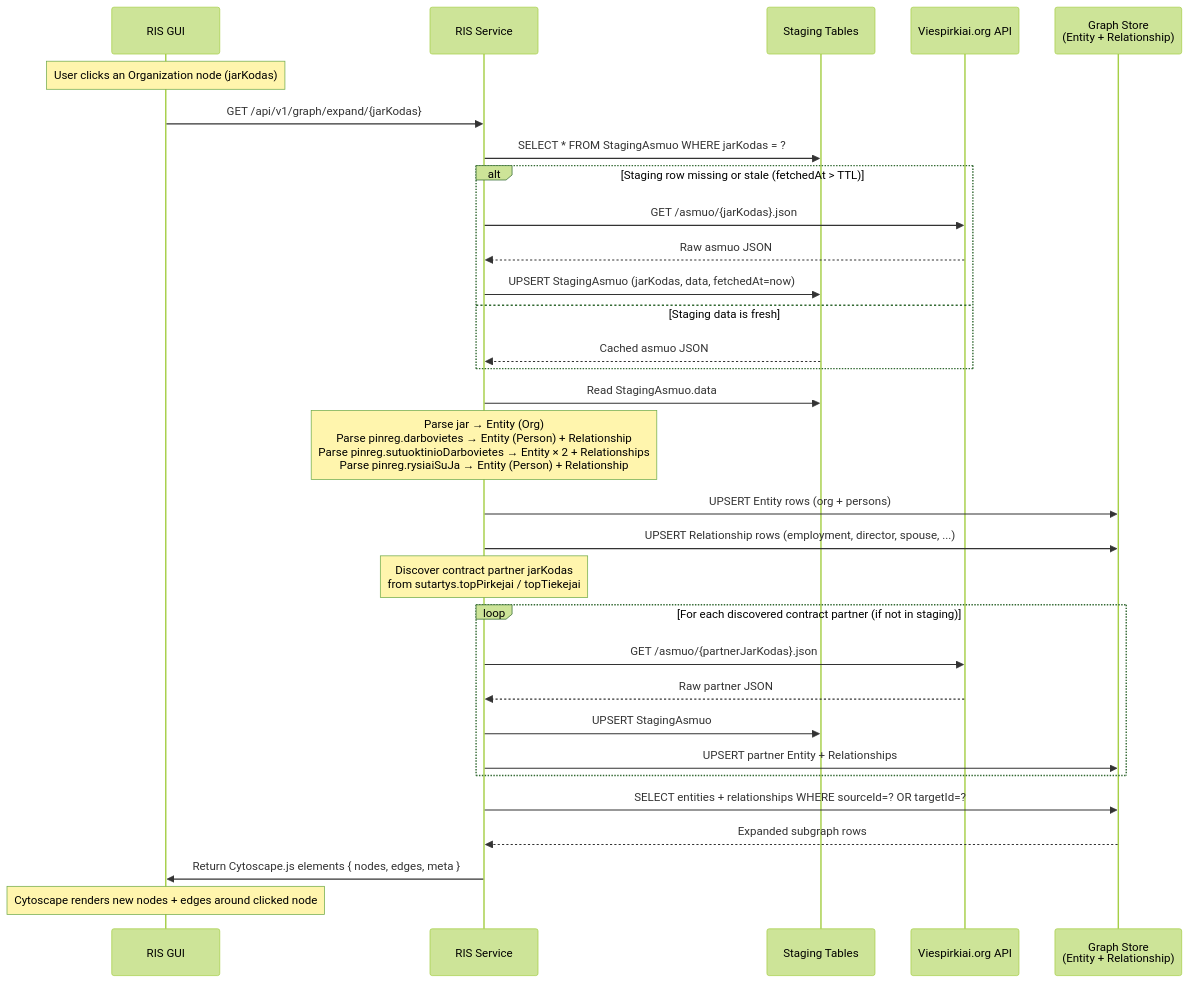
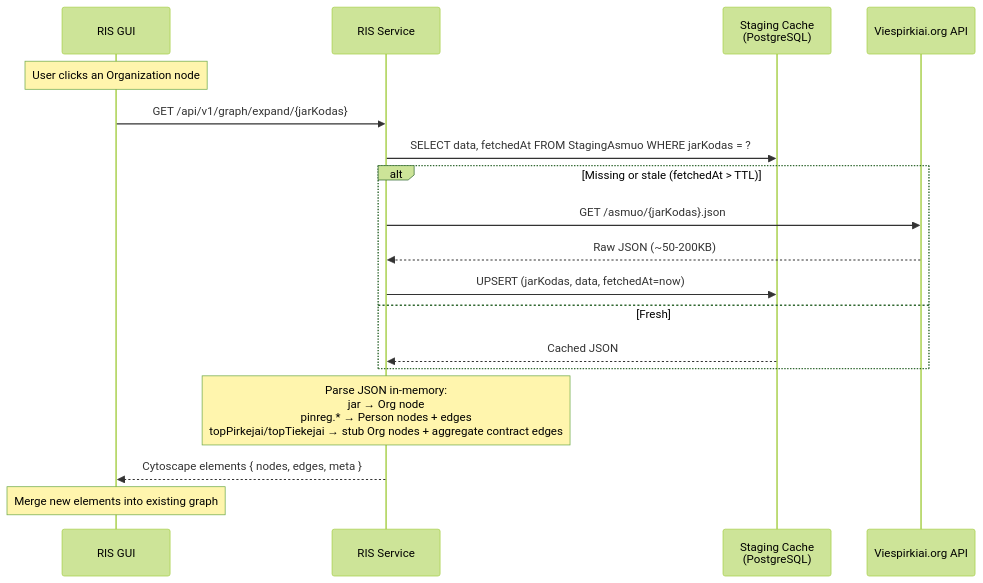
Before and after one commit to rimvydasb/risk-intelligence: the third of 4 diagrams in docs/ARCHITECTURE.md, drawn with Mermaid (forest theme). The commit also changed other lines of this file, not shown here.

Commit message:
update architecture documentation; refine entity ID conventions and staging storage flow; enhance graph population strategy

````diff
--- a/docs/ARCHITECTURE.md
+++ b/docs/ARCHITECTURE.md
@@ -319,39 +334,23 @@
 ```mermaid
 sequenceDiagram
     participant GUI as RIS GUI
     participant Service as RIS Service
-    participant Staging as Staging Tables
+    participant Staging as Staging Cache<br/>(PostgreSQL)
     participant API as Viespirkiai.org API
-    participant Graph as Graph Store<br/>(Entity + Relationship)
-    Note over GUI: User clicks an Organization node (jarKodas)
+
+    Note over GUI: User clicks an Organization node
     GUI ->> Service: GET /api/v1/graph/expand/{jarKodas}
-%% Step 1: Check staging freshness
-    Service ->> Staging: SELECT * FROM StagingAsmuo WHERE jarKodas = ?
-    alt Staging row missing or stale (fetchedAt > TTL)
+
+    Service ->> Staging: SELECT data, fetchedAt FROM StagingAsmuo WHERE jarKodas = ?
+    alt Missing or stale (fetchedAt > TTL)
         Service ->> API: GET /asmuo/{jarKodas}.json
-        API -->> Service: Raw asmuo JSON
-        Service ->> Staging: UPSERT StagingAsmuo (jarKodas, data, fetchedAt=now)
-    else Staging data is fresh
-        Staging -->> Service: Cached asmuo JSON
+        API -->> Service: Raw JSON (~50-200KB)
+        Service ->> Staging: UPSERT (jarKodas, data, fetchedAt=now)
+    else Fresh
+        Staging -->> Service: Cached JSON
     end
 
-%% Step 2: Parse staging → graph store
-    Service ->> Staging: Read StagingAsmuo.data
-    Note over Service: Parse jar → Entity (Org)<br/>Parse pinreg.darbovietes → Entity (Person) + Relationship<br/>Parse pinreg.sutuoktinioDarbovietes → Entity × 2 + Relationships<br/>Parse pinreg.rysiaiSuJa → Entity (Person) + Relationship
-    Service ->> Graph: UPSERT Entity rows (org + persons)
-    Service ->> Graph: UPSERT Relationship rows (employment, director, spouse, ...)
-%% Step 3: Discover and fetch related contracts
-    Note over Service: Discover contract partner jarKodas<br/>from sutartys.topPirkejai / topTiekejai
-    loop For each discovered contract partner (if not in staging)
-        Service ->> API: GET /asmuo/{partnerJarKodas}.json
-        API -->> Service: Raw partner JSON
-        Service ->> Staging: UPSERT StagingAsmuo
-        Service ->> Graph: UPSERT partner Entity + Relationships
-    end
-
-%% Step 4: Query and return expanded subgraph
-    Service ->> Graph: SELECT entities + relationships WHERE sourceId=? OR targetId=?
-    Graph -->> Service: Expanded subgraph rows
-    Service ->> GUI: Return Cytoscape.js elements { nodes, edges, meta }
-    Note over GUI: Cytoscape renders new nodes + edges around clicked node
+    Note over Service: Parse JSON in-memory:<br/>jar → Org node<br/>pinreg.* → Person nodes + edges<br/>topPirkejai/topTiekejai → stub Org nodes + aggregate contract edges
+    Service -->> GUI: Cytoscape elements { nodes, edges, meta }
+    Note over GUI: Merge new elements into existing graph
 ```
````
